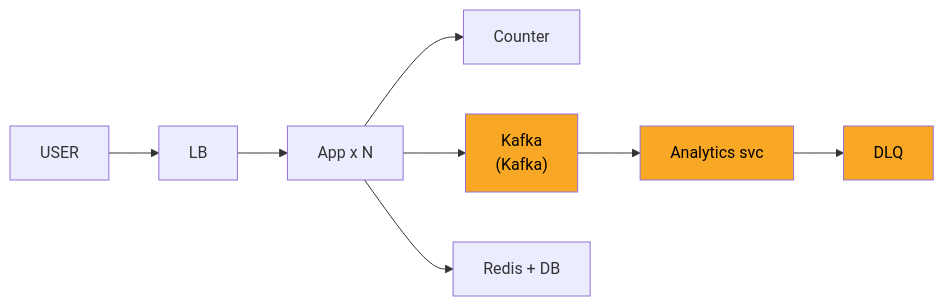
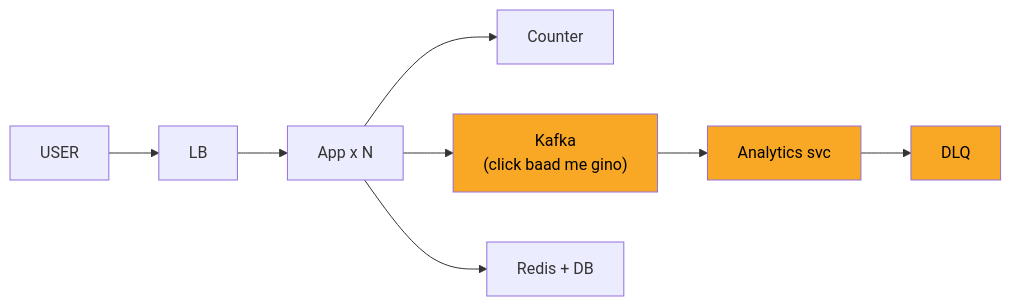
One commit to ArpanMaheshwari144/Prep changed the diagram in 04_HLD/SYSTEM_DESIGNS/01_url_shortener/img/c4.mmd. Above: the diagram before and after it, drawn with Mermaid. The commit also changed 144 other files, not shown here.

```diff
--- a/04_HLD/SYSTEM_DESIGNS/01_url_shortener/img/c4.mmd
+++ b/04_HLD/SYSTEM_DESIGNS/01_url_shortener/img/c4.mmd
@@ -1,20 +1,20 @@
 %%{init: {"flowchart": {"wrappingWidth": 450}}}%%
 flowchart LR
     n_USER["USER"]
     n_LB["LB"]
     n_App_xN["App x N"]
     n_Counter["Counter"]
-    n_Kafka["Kafka<br/>(Kafka)"]
+    n_Kafka["Kafka<br/>(click baad me gino)"]
     n_Analytics_svc["Analytics svc"]
     n_DLQ["DLQ"]
     n_RD["Redis + DB"]
     n_USER --> n_LB
     n_LB --> n_App_xN
     n_App_xN --> n_Counter
     n_App_xN --> n_Kafka
     n_App_xN --> n_RD
     n_Kafka --> n_Analytics_svc
     n_Analytics_svc --> n_DLQ
     style n_Kafka fill:#f9a825,color:#000
     style n_Analytics_svc fill:#f9a825,color:#000
     style n_DLQ fill:#f9a825,color:#000
```
